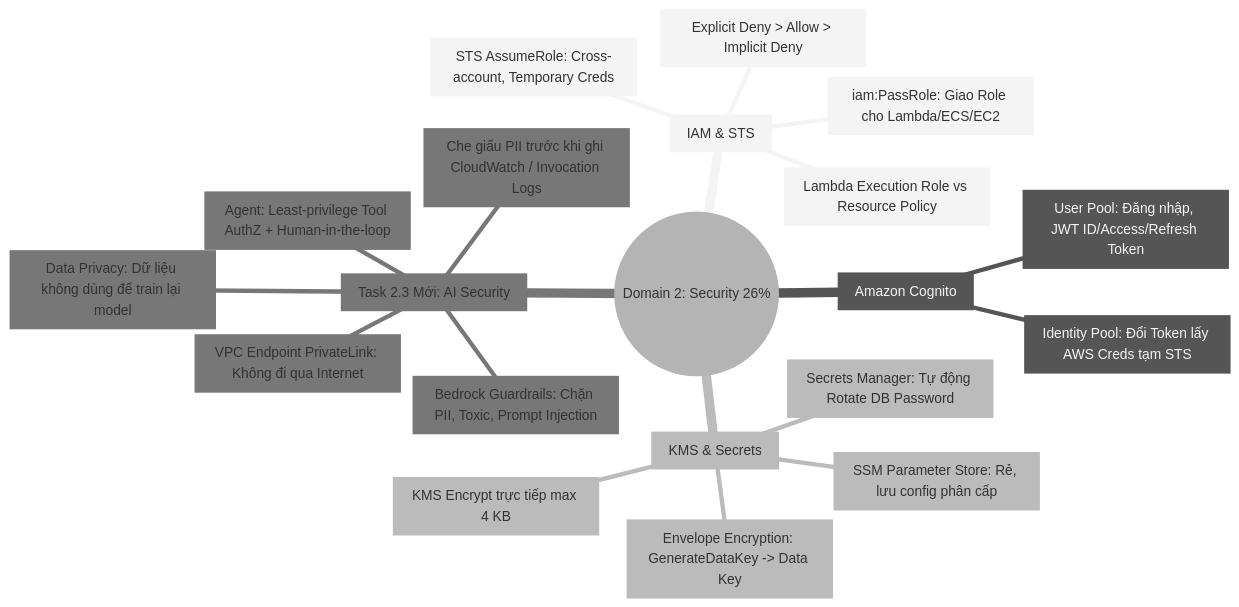
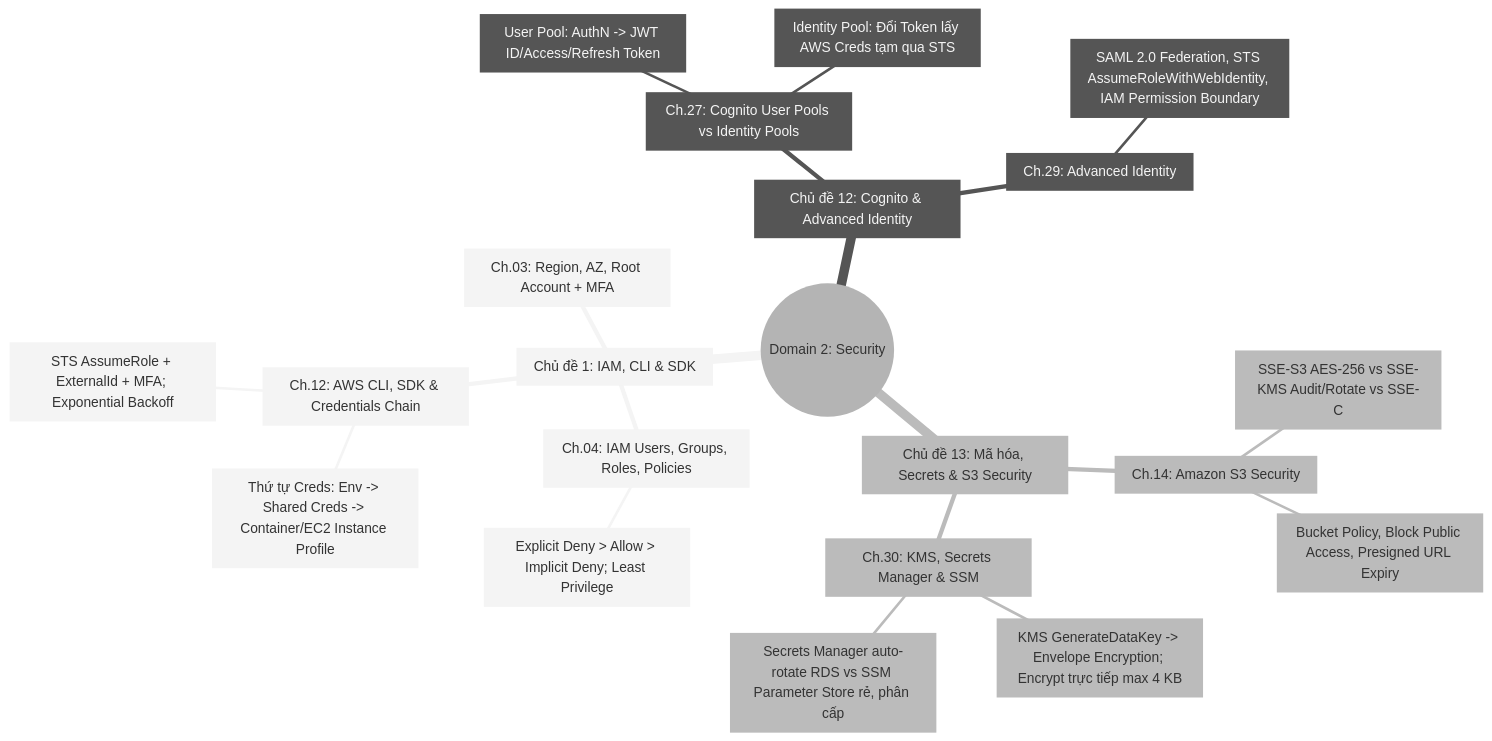
One commit to Hideyoshi942/Viewer changed the third of 7 diagrams in docs/dva-c03-mindmap.md. Above: the diagram before and after it, drawn with Mermaid (neutral theme). The commit also changed other lines of this file, not shown here.

Commit message:
docs(dva-c03): update mindmap by 16 topics and 38 lessons

````diff
--- a/docs/dva-c03-mindmap.md
+++ b/docs/dva-c03-mindmap.md
@@ -113,23 +48,24 @@
 ```mermaid
 mindmap
-  root((Domain 2: Security 26%))
-    IAM_STS["IAM & STS"]
-      Eval["Explicit Deny > Allow > Implicit Deny"]
-      AssumeRole["STS AssumeRole: Cross-account, Temporary Creds"]
-      PassRole["iam:PassRole: Giao Role cho Lambda/ECS/EC2"]
-      ExecRole["Lambda Execution Role vs Resource Policy"]
-    Cognito["Amazon Cognito"]
-      UserPool["User Pool: Đăng nhập, JWT ID/Access/Refresh Token"]
-      IdentityPool["Identity Pool: Đổi Token lấy AWS Creds tạm STS"]
-    KMS_Secrets["KMS & Secrets"]
-      Envelope["Envelope Encryption: GenerateDataKey -> Data Key"]
-      KMSLimit["KMS Encrypt trực tiếp max 4 KB"]
-      SecretsMgr["Secrets Manager: Tự động Rotate DB Password"]
-      SSM["SSM Parameter Store: Rẻ, lưu config phân cấp"]
-    AISecurity["Task 2.3 Mới: AI Security"]
-      Guardrails["Bedrock Guardrails: Chặn PII, Toxic, Prompt Injection"]
-      PrivateLink["VPC Endpoint PrivateLink: Không đi qua Internet"]
-      ZeroTrain["Data Privacy: Dữ liệu không dùng để train lại model"]
-      AgentControl["Agent: Least-privilege Tool AuthZ + Human-in-the-loop"]
-      LogMask["Che giấu PII trước khi ghi CloudWatch / Invocation Logs"]
+  root((Domain 2: Security))
+    T1["Chủ đề 1: IAM, CLI & SDK"]
+      L3["Ch.03: Region, AZ, Root Account + MFA"]
+      L4["Ch.04: IAM Users, Groups, Roles, Policies"]
+        K4["Explicit Deny > Allow > Implicit Deny; Least Privilege"]
+      L12["Ch.12: AWS CLI, SDK & Credentials Chain"]
+        K12["Thứ tự Creds: Env -> Shared Creds -> Container/EC2 Instance Profile"]
+        K12b["STS AssumeRole + ExternalId + MFA; Exponential Backoff"]
+    T12["Chủ đề 12: Cognito & Advanced Identity"]
+      L27["Ch.27: Cognito User Pools vs Identity Pools"]
+        K27a["User Pool: AuthN -> JWT ID/Access/Refresh Token"]
+        K27b["Identity Pool: Đổi Token lấy AWS Creds tạm qua STS"]
+      L29["Ch.29: Advanced Identity"]
+        K29["SAML 2.0 Federation, STS AssumeRoleWithWebIdentity, IAM Permission Boundary"]
+    T13["Chủ đề 13: Mã hóa, Secrets & S3 Security"]
+      L14["Ch.14: Amazon S3 Security"]
+        K14a["SSE-S3 AES-256 vs SSE-KMS Audit/Rotate vs SSE-C"]
+        K14b["Bucket Policy, Block Public Access, Presigned URL Expiry"]
+      L30["Ch.30: KMS, Secrets Manager & SSM"]
+        K30a["KMS GenerateDataKey -> Envelope Encryption; Encrypt trực tiếp max 4 KB"]
+        K30b["Secrets Manager auto-rotate RDS vs SSM Parameter Store rẻ, phân cấp"]
 ```
````
